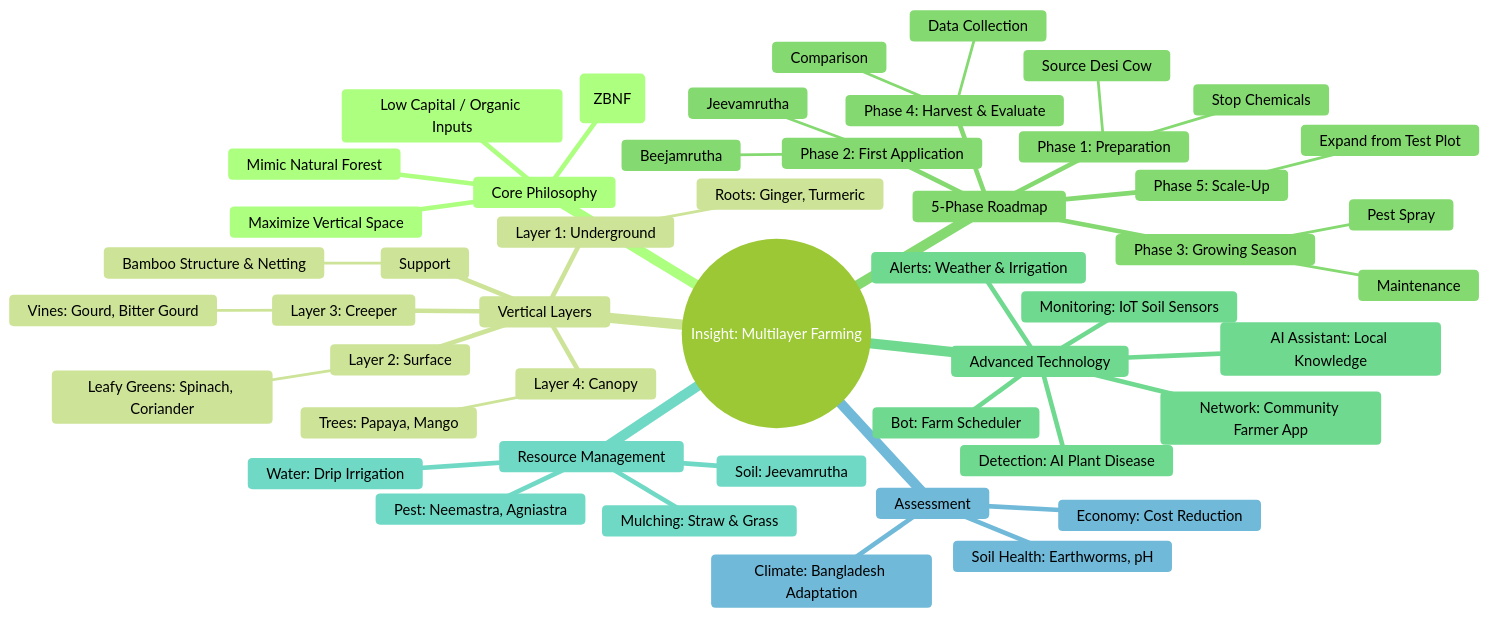
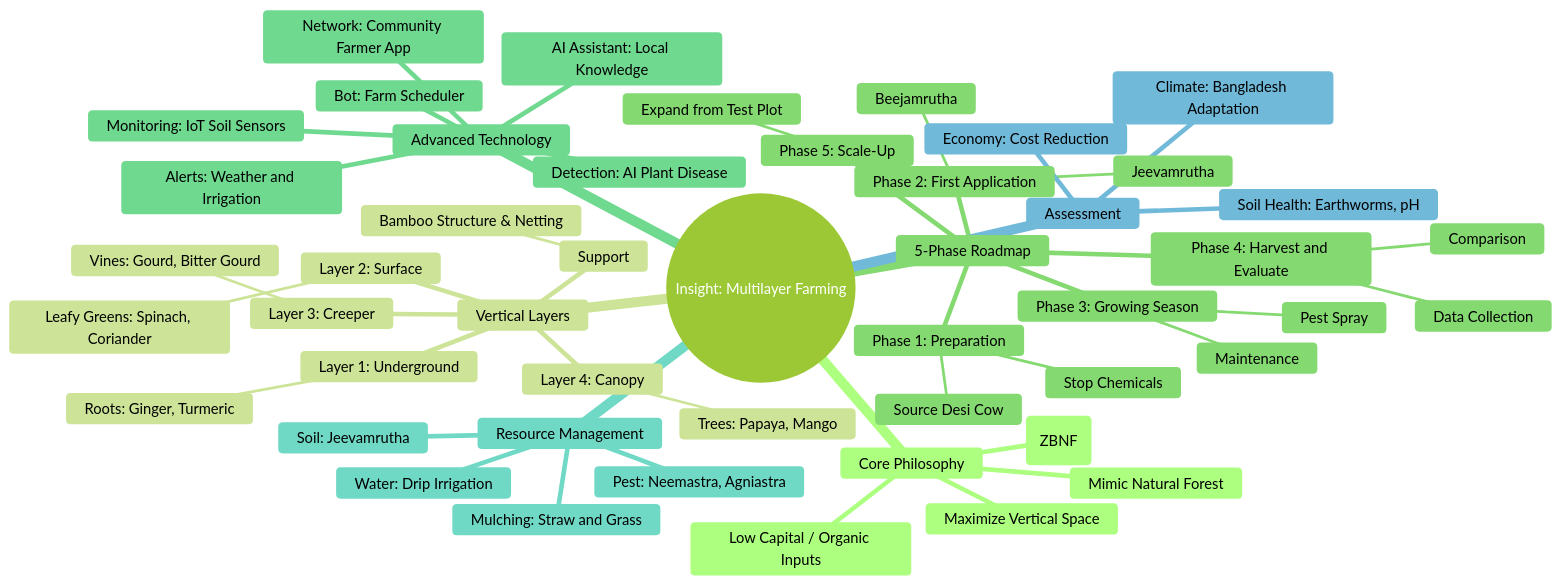
The diagram in content/docs/_index.md (abidkhan484/agri-insight), drawn with Mermaid (forest theme) before and after one commit. The commit also changed 1 other file, not shown here.

Commit message:
fix: mermaid syntax issue

````diff
--- a/content/docs/_index.md
+++ b/content/docs/_index.md
@@ -13,51 +13,51 @@
 ```mermaid
 mindmap
   root((Insight: Multilayer Farming))
     Core Philosophy
       Zero-Budget Natural Farming (ZBNF)
       Mimic Natural Forest
       Maximize Vertical Space
       Low Capital / Organic Inputs
     Vertical Layers
       Layer 1: Underground
         Roots: Ginger, Turmeric
       Layer 2: Surface
         Leafy Greens: Spinach, Coriander
       Layer 3: Creeper
         Vines: Gourd, Bitter Gourd
       Layer 4: Canopy
         Trees: Papaya, Mango
       Support
         Bamboo Structure & Netting
     5-Phase Roadmap
       Phase 1: Preparation
         Source Desi Cow
         Stop Chemicals
       Phase 2: First Application
         Jeevamrutha
         Beejamrutha
       Phase 3: Growing Season
         Maintenance
         Pest Spray
-      Phase 4: Harvest & Evaluate
+      Phase 4: Harvest and Evaluate
         Data Collection
         Comparison
       Phase 5: Scale-Up
         Expand from Test Plot
     Advanced Technology
       Bot: Farm Scheduler
-      Alerts: Weather & Irrigation
+      Alerts: Weather and Irrigation
       Monitoring: IoT Soil Sensors
       Detection: AI Plant Disease
       AI Assistant: Local Knowledge
       Network: Community Farmer App
     Resource Management
       Soil: Jeevamrutha
       Pest: Neemastra, Agniastra
       Water: Drip Irrigation
-      Mulching: Straw & Grass
+      Mulching: Straw and Grass
     Assessment
       Soil Health: Earthworms, pH
       Climate: Bangladesh Adaptation
       Economy: Cost Reduction
 ```
````
